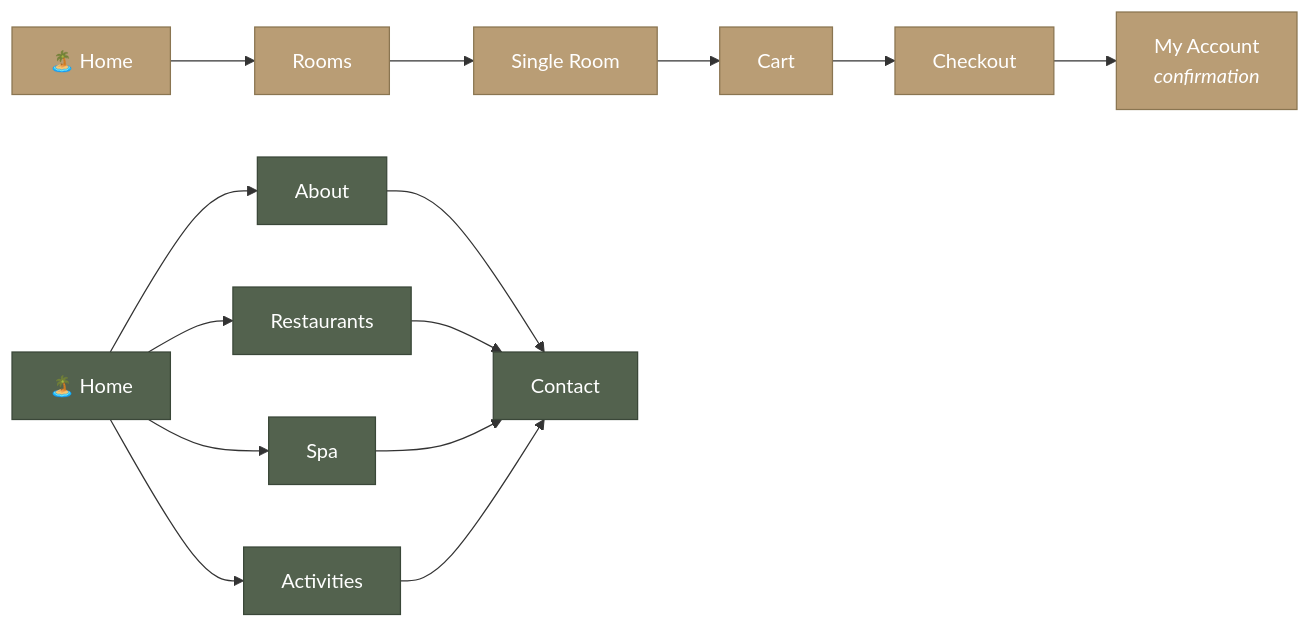
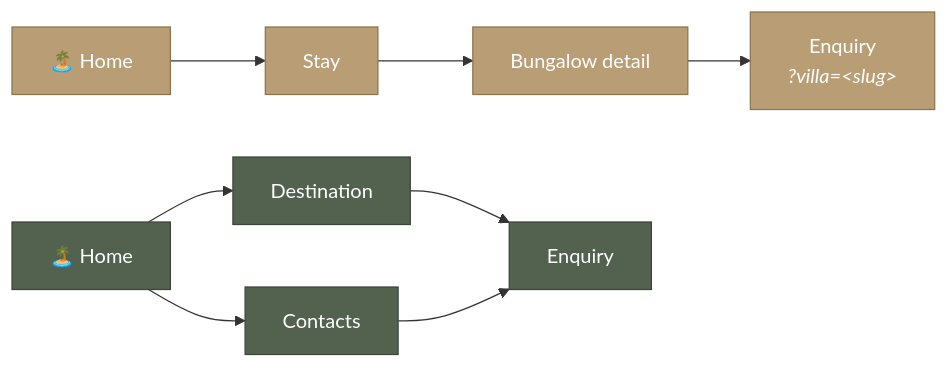
Before and after one commit to NoobCoder1209/vayana-bungalows: the second of 2 diagrams in SITEMAP.md, drawn with Mermaid. The commit also changed other lines of this file and 18 other files, not shown here.

````diff
--- a/SITEMAP.md
+++ b/SITEMAP.md
@@ -85,22 +65,16 @@
 ```mermaid
 flowchart LR
-    H["🏝️ Home"] --> R["Rooms"]
-    R --> SR["Single Room"]
-    SR --> C["Cart"]
-    C --> CO["Checkout"]
-    CO --> MA["My Account<br/><i>confirmation</i>"]
+    H["🏝️ Home"] --> S["Stay"]
+    S --> BG["Bungalow detail"]
+    BG --> EQ["Enquiry<br/><i>?villa=&lt;slug&gt;</i>"]
 
-    H2["🏝️ Home"] --> A["About"]
-    H2 --> RB["Restaurants"]
-    H2 --> SP["Spa"]
-    H2 --> AC["Activities"]
-    A --> CT["Contact"]
-    RB --> CT
-    SP --> CT
-    AC --> CT
+    H2["🏝️ Home"] --> D["Destination"]
+    H2 --> CT["Contacts"]
+    D --> EQ2["Enquiry"]
+    CT --> EQ2
 
     classDef booking fill:#b99d75,stroke:#8a7551,color:#fff
     classDef research fill:#53624e,stroke:#3a4738,color:#fff
-    class H,R,SR,C,CO,MA booking
-    class H2,A,RB,SP,AC,CT research
+    class H,S,BG,EQ booking
+    class H2,D,CT,EQ2 research
 ```
````
